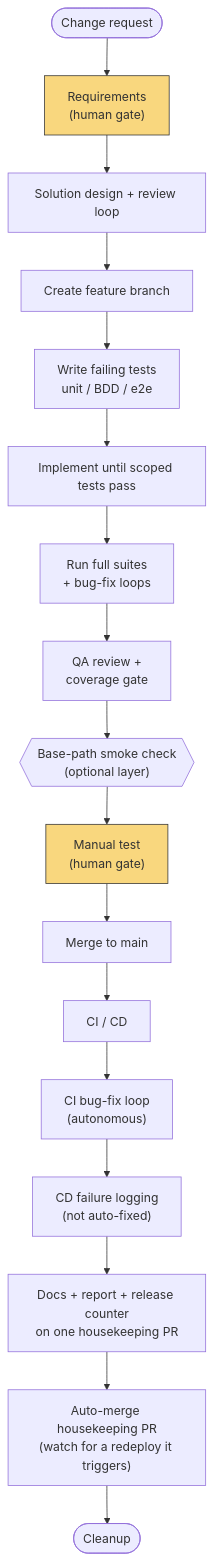
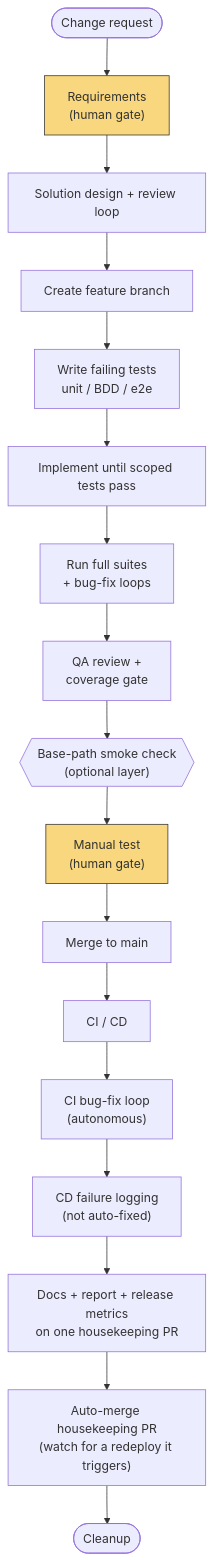
One commit to lauz9888/waypoint changed the diagram in wiki/Workflow-Overview.md. Above: the diagram before and after it, drawn with Mermaid. The commit also changed other lines of this file and 8 other files, not shown here.

````diff
--- a/wiki/Workflow-Overview.md
+++ b/wiki/Workflow-Overview.md
@@ -101,22 +101,22 @@
 ```mermaid
 flowchart TD
     A([Change request]) --> B["Requirements\n(human gate)"]
     B --> C["Solution design + review loop"]
     C --> D["Create feature branch"]
     D --> E["Write failing tests\nunit / BDD / e2e"]
     E --> F["Implement until scoped tests pass"]
     F --> G["Run full suites\n+ bug-fix loops"]
     G --> H["QA review +\ncoverage gate"]
     H --> I{{"Base-path smoke check\n(optional layer)"}}
     I --> J["Manual test\n(human gate)"]
     J --> K["Merge to main"]
     K --> L["CI / CD"]
     L --> M["CI bug-fix loop\n(autonomous)"]
     M --> N["CD failure logging\n(not auto-fixed)"]
-    N --> O["Docs + report + release counter\non one housekeeping PR"]
+    N --> O["Docs + report + release metrics\non one housekeeping PR"]
     O --> P["Auto-merge housekeeping PR\n(watch for a redeploy it triggers)"]
     P --> Q(["Cleanup"])
 
     style B fill:#f9d77e,stroke:#333
     style J fill:#f9d77e,stroke:#333
 ```
````
